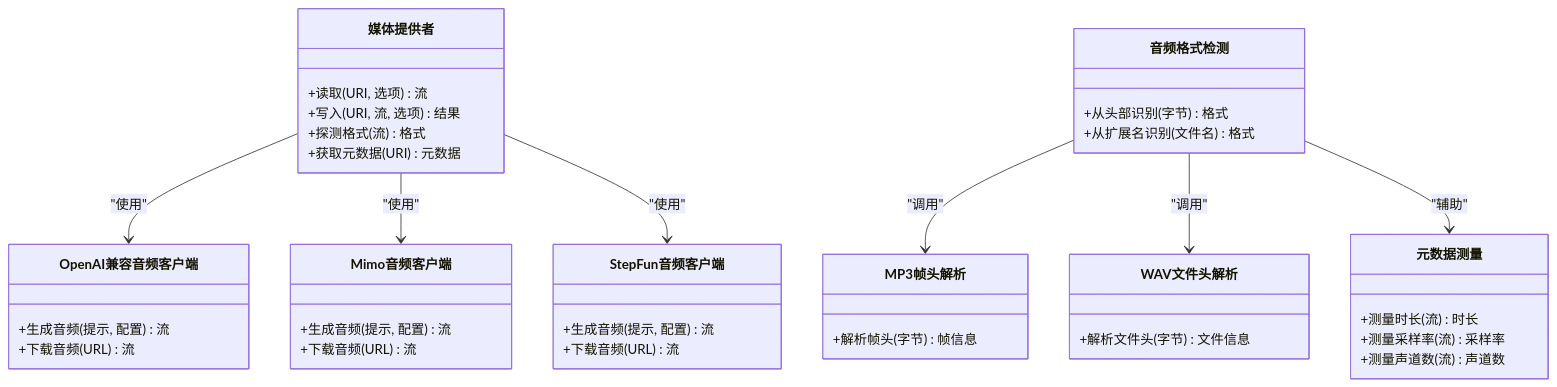
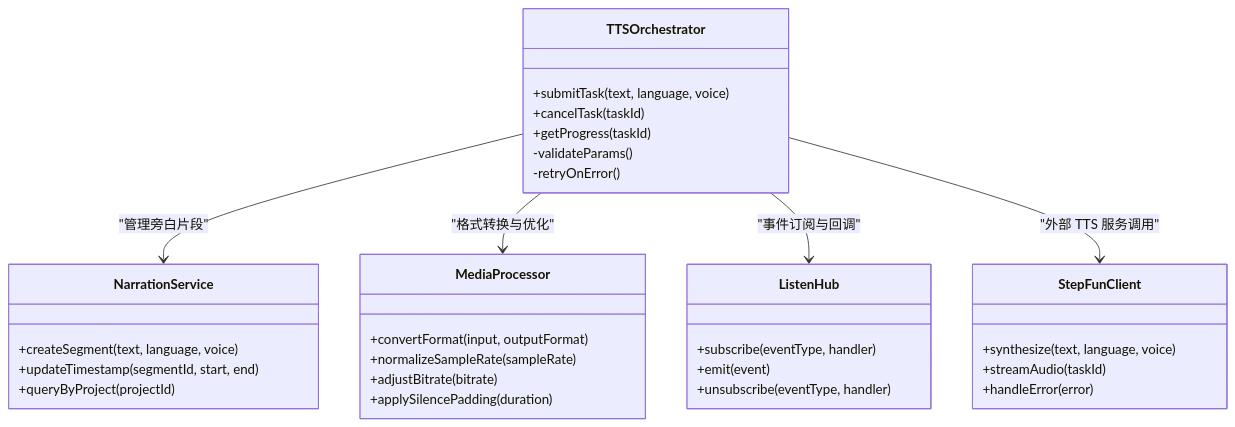
One commit to scottcwy/PurpleInk changed the third of 9 diagrams in .qoder/repowiki/zh/content/音频处理/音频处理.md. Above: the diagram before and after it, drawn with Mermaid. The commit also changed other lines of this file and 872 other files, not shown here.

````diff
--- a/.qoder/repowiki/zh/content/音频处理/音频处理.md
+++ b/.qoder/repowiki/zh/content/音频处理/音频处理.md
@@ -136,42 +213,35 @@
 ```mermaid
 classDiagram
-class 媒体提供者 {
-+读取(URI, 选项) 流
-+写入(URI, 流, 选项) 结果
-+探测格式(流) 格式
-+获取元数据(URI) 元数据
+class TTSOrchestrator {
++submitTask(text, language, voice)
++cancelTask(taskId)
++getProgress(taskId)
+-validateParams()
+-retryOnError()
 }
-class OpenAI兼容音频客户端 {
-+生成音频(提示, 配置) 流
-+下载音频(URL) 流
+class NarrationService {
++createSegment(text, language, voice)
++updateTimestamp(segmentId, start, end)
++queryByProject(projectId)
 }
-class Mimo音频客户端 {
-+生成音频(提示, 配置) 流
-+下载音频(URL) 流
+class MediaProcessor {
++convertFormat(input, outputFormat)
++normalizeSampleRate(sampleRate)
++adjustBitrate(bitrate)
++applySilencePadding(duration)
 }
-class StepFun音频客户端 {
-+生成音频(提示, 配置) 流
-+下载音频(URL) 流
+class ListenHub {
++subscribe(eventType, handler)
++emit(event)
++unsubscribe(eventType, handler)
 }
-class 音频格式检测 {
-+从头部识别(字节) 格式
-+从扩展名识别(文件名) 格式
+class StepFunClient {
++synthesize(text, language, voice)
++streamAudio(taskId)
++handleError(error)
 }
-class MP3帧头解析 {
-+解析帧头(字节) 帧信息
-}
-class WAV文件头解析 {
-+解析文件头(字节) 文件信息
-}
-class 元数据测量 {
-+测量时长(流) 时长
-+测量采样率(流) 采样率
-+测量声道数(流) 声道数
-}
-媒体提供者 --> OpenAI兼容音频客户端 : "使用"
-媒体提供者 --> Mimo音频客户端 : "使用"
-媒体提供者 --> StepFun音频客户端 : "使用"
-音频格式检测 --> MP3帧头解析 : "调用"
-音频格式检测 --> WAV文件头解析 : "调用"
-音频格式检测 --> 元数据测量 : "辅助"
+TTSOrchestrator --> NarrationService : "管理旁白片段"
+TTSOrchestrator --> MediaProcessor : "格式转换与优化"
+TTSOrchestrator --> ListenHub : "事件订阅与回调"
+TTSOrchestrator --> StepFunClient : "外部 TTS 服务调用"
 ```
````
